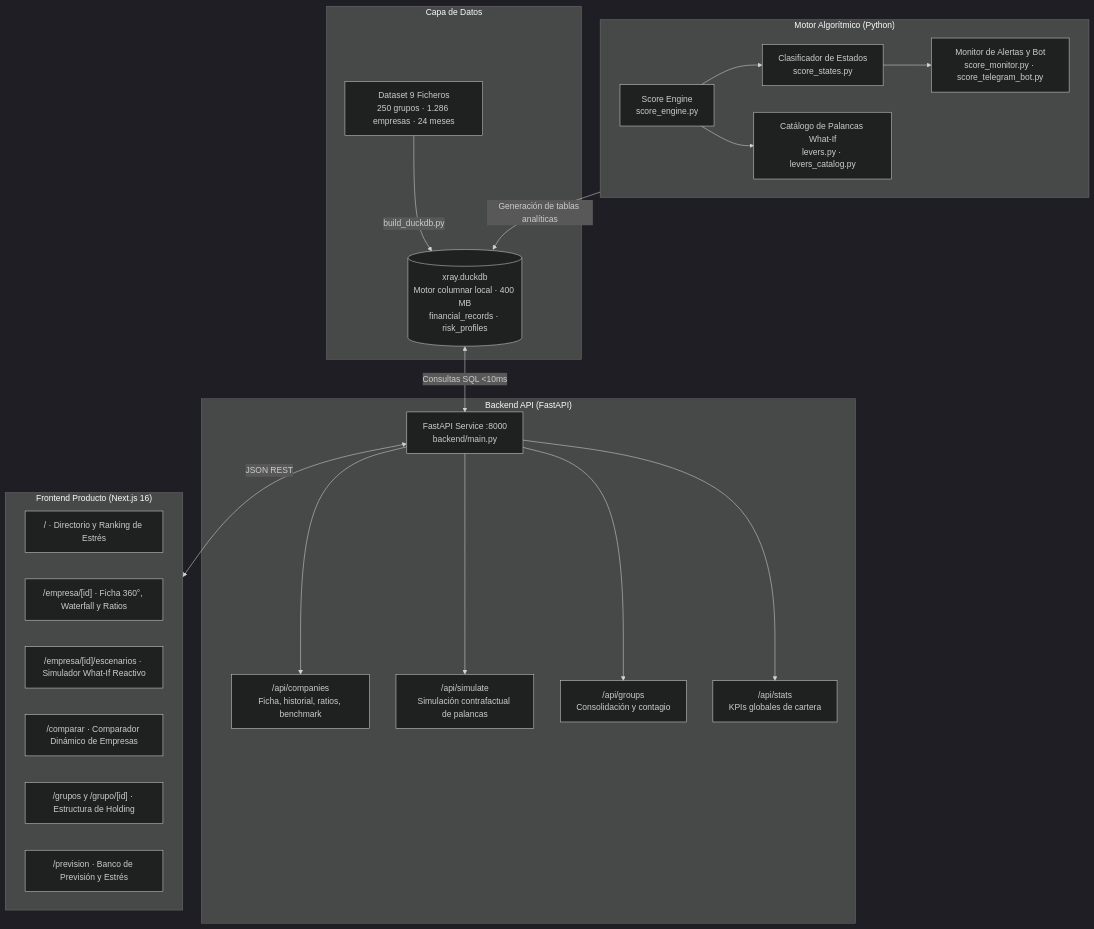
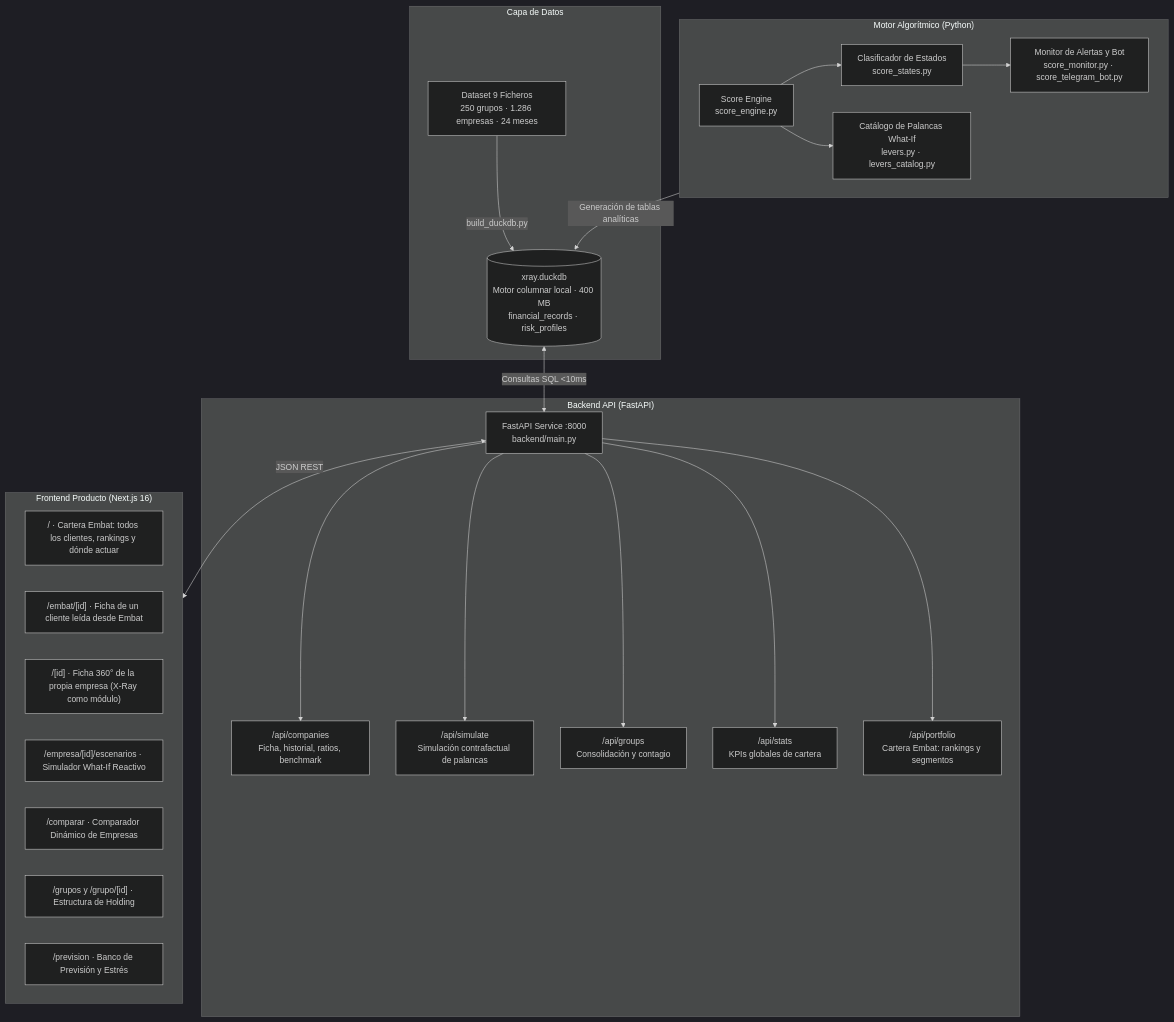
Before and after one commit to antoniomachuca/hackspain-2026-embat: the diagram in README.md, drawn with Mermaid (dark theme). The commit also changed other lines of this file and 13 other files, not shown here.

First line of the commit message:
feat(front): cartera Embat en "/" y ficha de cliente en /embat/[id]

````diff
--- a/README.md
+++ b/README.md
@@ -149,43 +149,46 @@
 ```mermaid
 flowchart TD
   subgraph DATOS["Capa de Datos"]
     CSV["Dataset 9 Ficheros<br>250 grupos · 1.286 empresas · 24 meses"]
     DUCK[("xray.duckdb<br>Motor columnar local · 400 MB<br>financial_records · risk_profiles")]
     CSV -->|build_duckdb.py| DUCK
   end
 
   subgraph CORE["Motor Algorítmico (Python)"]
     ENG["Score Engine<br>score_engine.py"]
     STA["Clasificador de Estados<br>score_states.py"]
     LEV["Catálogo de Palancas What-If<br>levers.py · levers_catalog.py"]
     MON["Monitor de Alertas y Bot<br>score_monitor.py · score_telegram_bot.py"]
     ENG --> STA
     ENG --> LEV
     STA --> MON
   end
 
   subgraph API["Backend API (FastAPI)"]
     FAST["FastAPI Service :8000<br>backend/main.py"]
     R_COMP["/api/companies<br>Ficha, historial, ratios, benchmark"]
     R_SIM["/api/simulate<br>Simulación contrafactual de palancas"]
     R_GRP["/api/groups<br>Consolidación y contagio"]
     R_STAT["/api/stats<br>KPIs globales de cartera"]
+    R_PORT["/api/portfolio<br>Cartera Embat: rankings y segmentos"]
     FAST --> R_COMP
     FAST --> R_SIM
     FAST --> R_GRP
     FAST --> R_STAT
+    FAST --> R_PORT
   end
 
   subgraph FRONT["Frontend Producto (Next.js 16)"]
-    DASH["/ · Directorio y Ranking de Estrés"]
-    FICHA["/empresa/[id] · Ficha 360°, Waterfall y Ratios"]
+    DASH["/ · Cartera Embat: todos los clientes, rankings y dónde actuar"]
+    CLIENTE["/embat/[id] · Ficha de un cliente leída desde Embat"]
+    FICHA["/[id] · Ficha 360° de la propia empresa (X-Ray como módulo)"]
     SIM["/empresa/[id]/escenarios · Simulador What-If Reactivo"]
     COMP["/comparar · Comparador Dinámico de Empresas"]
     GRUP["/grupos y /grupo/[id] · Estructura de Holding"]
     PREV["/prevision · Banco de Previsión y Estrés"]
   end
 
   DUCK <-->|Consultas SQL <10ms| FAST
   CORE -->|Generación de tablas analíticas| DUCK
   FAST <-->|JSON REST| FRONT
 ```
````
